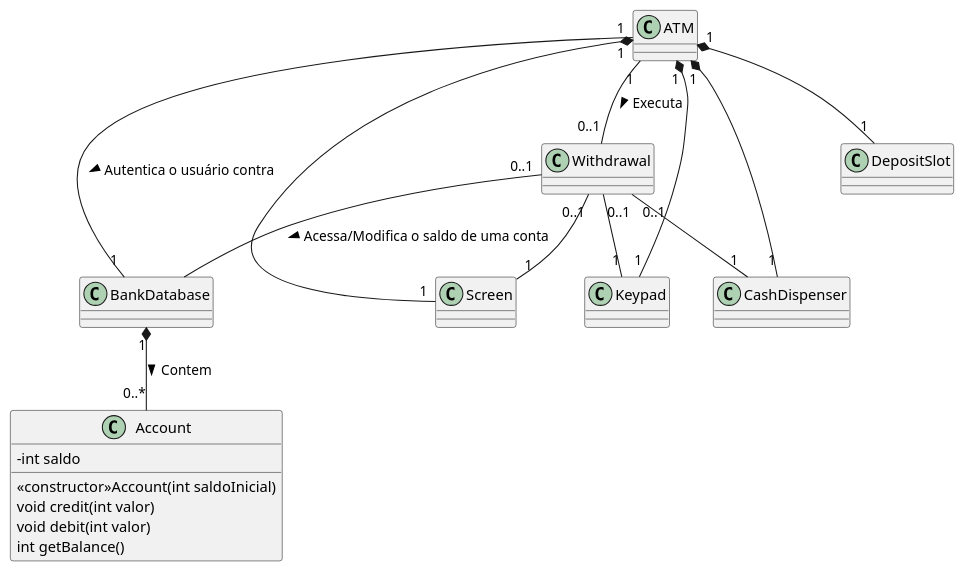
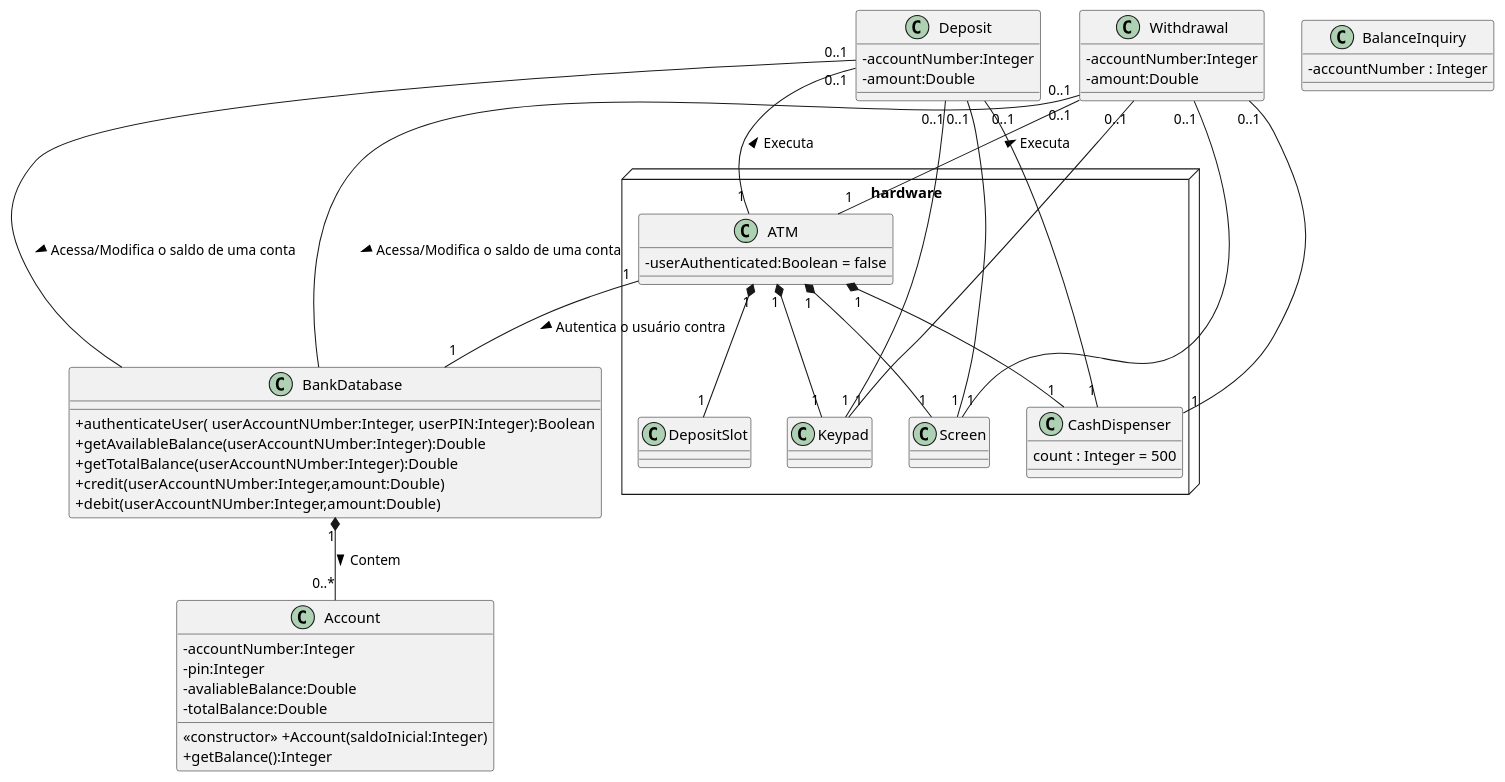
One commit to marcuswlima/learning changed the diagram in c++/Deitel/atm/fig03-23.puml. Above: the diagram before and after it, drawn with PlantUML. The commit also changed 5 other files, not shown here.

```diff
--- a/c++/Deitel/atm/fig03-23.puml
+++ b/c++/Deitel/atm/fig03-23.puml
@@ -1,54 +1,90 @@
 @startuml
 skinparam classAttributeIconSize 0
 
+
+class Deposit{
+    -accountNumber:Integer
+    -amount:Double
+}
+
+class Withdrawal{
+    -accountNumber:Integer
+    -amount:Double
+
+}
+
+
+
 class Account{
-    - int saldo
-    <<constructor >>Account(int saldoInicial)
-    void credit(int valor)
-    void debit(int valor)
-    int getBalance()
+    - accountNumber:Integer
+    - pin:Integer
+    - avaliableBalance:Double
+    - totalBalance:Double
+    <<constructor>> +Account(saldoInicial:Integer)
+    + getBalance():Integer
 
 }
 
 class BankDatabase{
+    + authenticateUser( userAccountNUmber:Integer, userPIN:Integer):Boolean
+    + getAvailableBalance(userAccountNUmber:Integer):Double
+    + getTotalBalance(userAccountNUmber:Integer):Double
+    + credit(userAccountNUmber:Integer,amount:Double)
+    + debit(userAccountNUmber:Integer,amount:Double)
+}
+
+
+package hardware <<node>> {
+
+    class ATM {
+        -userAuthenticated:Boolean = false
+    }
+
+    class Keypad{
+
+    }
+
+    class Screen {
+    }
+
+    class DepositSlot{
+
+    }
+
+    class CashDispenser{
+        count : Integer = 500
+    }
+
 
 }
 
-class Screen {
-}
+class BalanceInquiry{
+    - accountNumber : Integer
 
-class Keypad{
-
-}
-
-class CashDispenser{
-
-}
-
-class Withdrawal{
-}
-
-class DepositSlot{
-
-}
-
-class ATM {
 }
 
 
 
 ATM "1" *-- "1" DepositSlot
 ATM "1" *-- "1" Keypad
 ATM "1" *-- "1" CashDispenser
 ATM "1" *-- "1" Screen
-ATM "1" -- "0..1" Withdrawal : Executa >
 ATM "1" -- "1" BankDatabase : Autentica o usuário contra >
+
 BankDatabase "1" *-- "0..*" Account : Contem > 
+
+Withdrawal "0..1"-- "1"  ATM : Executa <
 Withdrawal "0..1" -- BankDatabase: Acessa/Modifica o saldo de uma conta >
 Withdrawal "0..1" -- "1" Screen
 Withdrawal "0..1" -- "1" CashDispenser
 Withdrawal "0..1" -- "1" Keypad
 
+Deposit "0..1"-- "1"  ATM : Executa <
+Deposit "0..1" -- BankDatabase: Acessa/Modifica o saldo de uma conta >
+Deposit "0..1" -- "1" Screen
+Deposit "0..1" -- "1" CashDispenser
+Deposit "0..1" -- "1" Keypad
+
 
 
 @enduml
```
